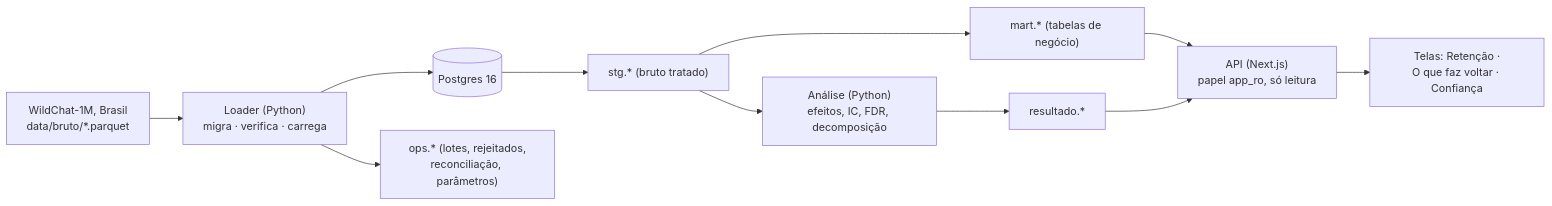
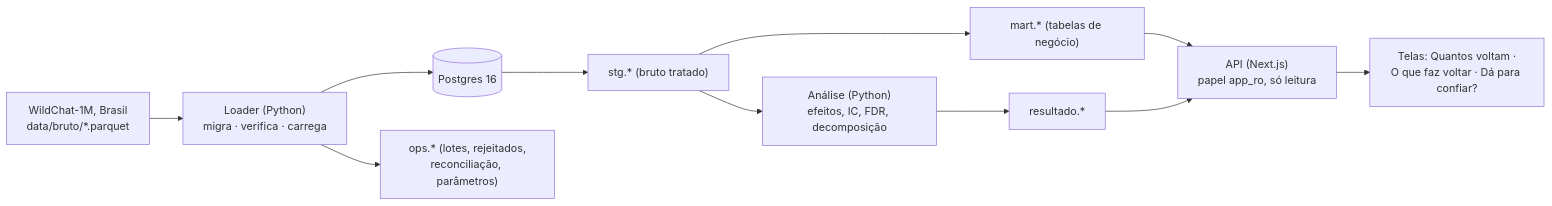
One commit to ViniciusSouzadata/case-acaso changed the first of 2 diagrams in docs/arquitetura/arquitetura.md. Above: the diagram before and after it, drawn with Mermaid. The commit also changed other lines of this file and 14 other files, not shown here.

````diff
--- a/docs/arquitetura/arquitetura.md
+++ b/docs/arquitetura/arquitetura.md
@@ -7,13 +7,13 @@
 ```mermaid
 flowchart LR
   A["WildChat-1M, Brasil<br/>data/bruto/*.parquet"] --> B["Loader (Python)<br/>migra · verifica · carrega"]
   B --> C[("Postgres 16")]
   C --> D["stg.* (bruto tratado)"]
   D --> E["mart.* (tabelas de negócio)"]
   D --> F["Análise (Python)<br/>efeitos, IC, FDR, decomposição"]
   F --> G["resultado.*"]
   B --> H["ops.* (lotes, rejeitados,<br/>reconciliação, parâmetros)"]
   E --> I["API (Next.js)<br/>papel app_ro, só leitura"]
   G --> I
-  I --> J["Telas: Retenção ·<br/>O que faz voltar · Confiança"]
+  I --> J["Telas: Quantos voltam ·<br/>O que faz voltar · Dá para confiar?"]
 ```
````
